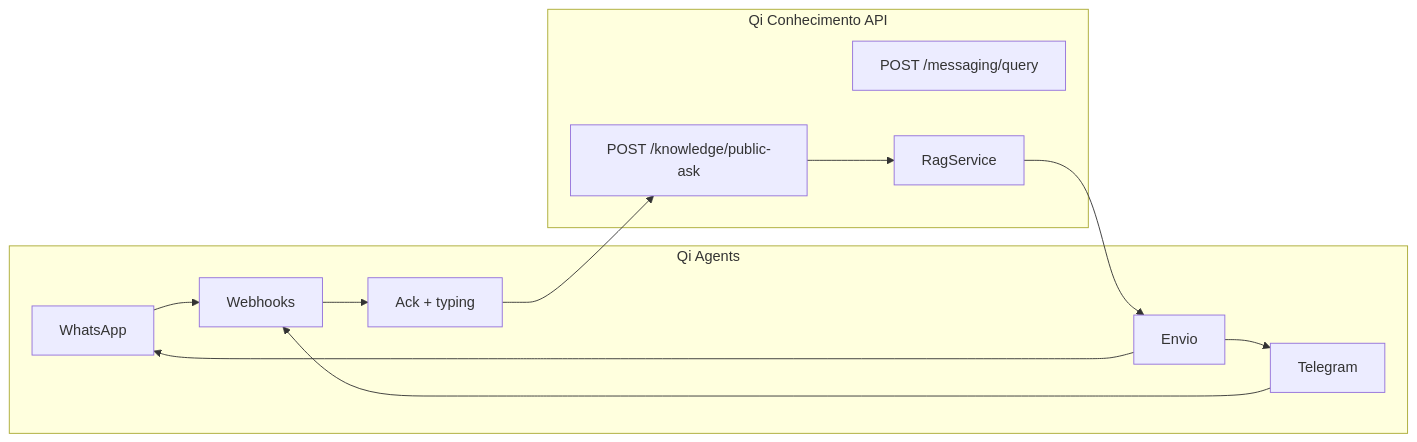
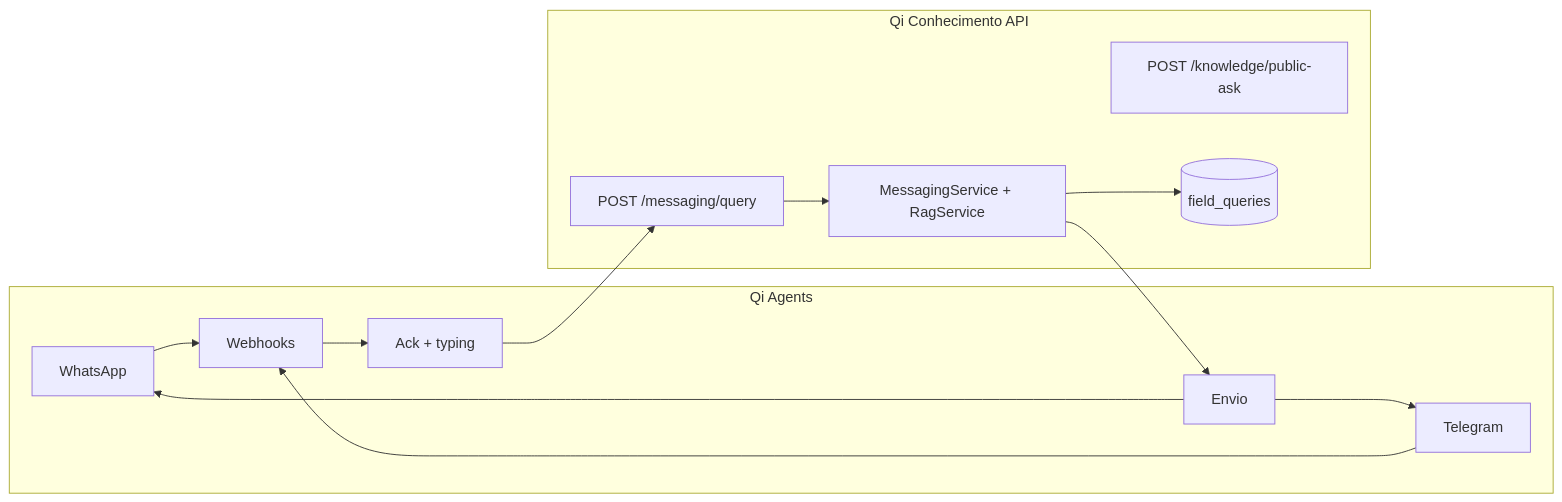
Before and after one commit to rflsc/qi-conhecimento: the diagram in docs/integrations/qi-agents.md, drawn with Mermaid. The commit also changed other lines of this file and 17 other files, not shown here.

First line of the commit message:
feat(messaging): auditar public-ask e admin em field_queries

````diff
--- a/docs/integrations/qi-agents.md
+++ b/docs/integrations/qi-agents.md
@@ -24,25 +24,26 @@
 ```mermaid
 flowchart LR
   subgraph canais [Qi Agents]
     WA[WhatsApp]
     TG[Telegram]
     WH[Webhooks]
     Ack[Ack + typing]
     Send[Envio]
   end
 
   subgraph cerebro [Qi Conhecimento API]
     Ask["POST /knowledge/public-ask"]
     Query["POST /messaging/query"]
-    RAG[RagService]
+    RAG[MessagingService + RagService]
+    DB[(field_queries)]
   end
 
   WA --> WH
   TG --> WH
   WH --> Ack
-  Ack --> Ask
-  Ask --> RAG
+  Ack --> Query
+  Query --> RAG --> DB
   RAG --> Send
   Send --> WA
   Send --> TG
 ```
````
